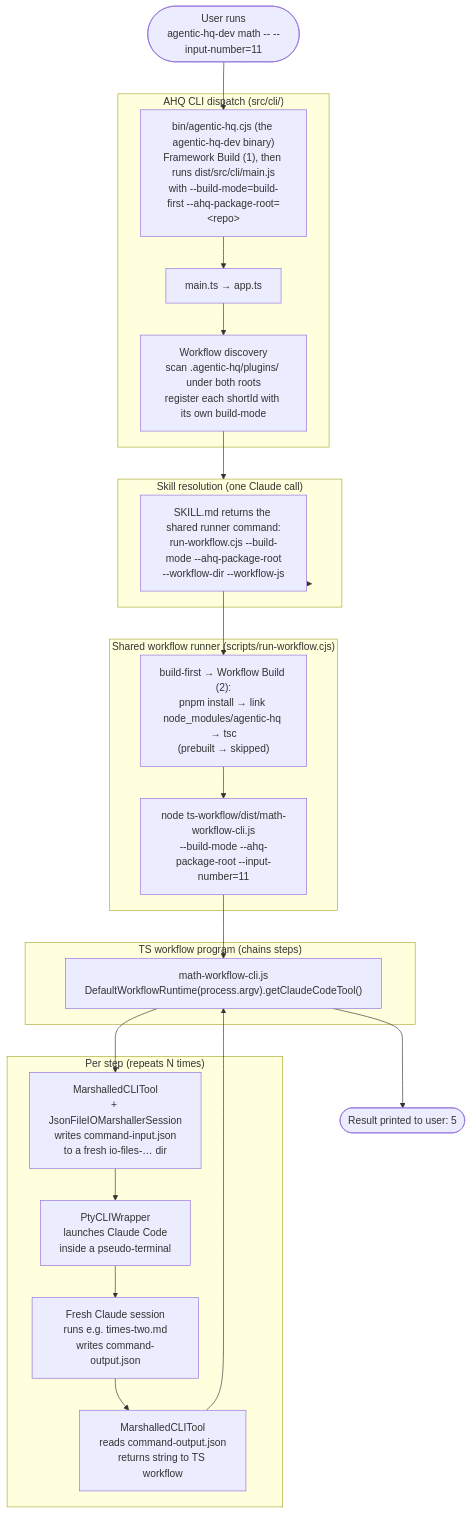
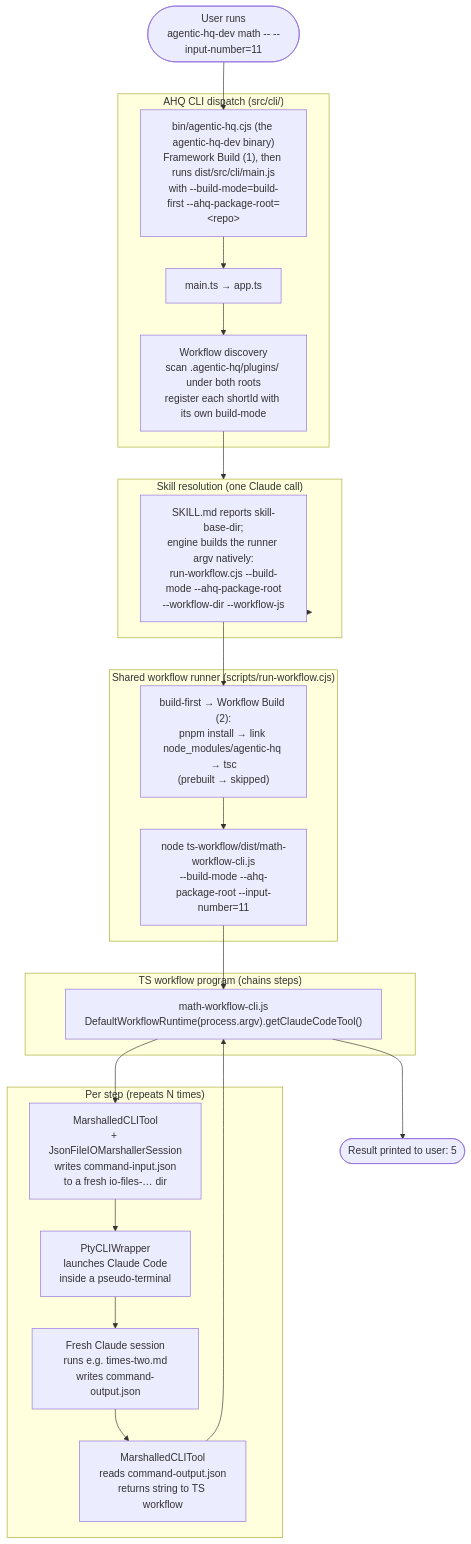
The diagram in docs/dev/how-agentic-hq-works.md (Agentic-HQ/agentic-hq), drawn with Mermaid before and after one commit. The commit also changed other lines of this file and 34 other files, not shown here.

First line of the commit message:
WIP: AHQ-211 D1+D5 — skill-hop handshake replaces command string

````diff
--- a/docs/dev/how-agentic-hq-works.md
+++ b/docs/dev/how-agentic-hq-works.md
@@ -27,35 +27,35 @@
 ```mermaid
 flowchart TB
     User([User runs<br/>agentic-hq-dev math -- --input-number=11])
 
     subgraph CLI["AHQ CLI dispatch (src/cli/)"]
         Bin["bin/agentic-hq.cjs (the agentic-hq-dev binary)<br/>Framework Build (1), then runs dist/src/cli/main.js<br/>with --build-mode=build-first --ahq-package-root=&lt;repo&gt;"]
         Main[main.ts → app.ts]
         Discovery["Workflow discovery<br/>scan .agentic-hq/plugins/ under both roots<br/>register each shortId with its own build-mode"]
     end
 
     subgraph Resolve["Skill resolution (one Claude call)"]
-        Skill["SKILL.md returns the shared runner command:<br/>run-workflow.cjs --build-mode --ahq-package-root<br/>--workflow-dir --workflow-js"]
+        Skill["SKILL.md reports skill-base-dir;<br/>engine builds the runner argv natively:<br/>run-workflow.cjs --build-mode --ahq-package-root<br/>--workflow-dir --workflow-js"]
     end
 
     subgraph Runner["Shared workflow runner (scripts/run-workflow.cjs)"]
         Build2["build-first → Workflow Build (2):<br/>pnpm install → link node_modules/agentic-hq → tsc<br/>(prebuilt → skipped)"]
         Run["node ts-workflow/dist/math-workflow-cli.js<br/>--build-mode --ahq-package-root --input-number=11"]
     end
 
     subgraph Workflow["TS workflow program (chains steps)"]
         TS["math-workflow-cli.js<br/>DefaultWorkflowRuntime(process.argv).getClaudeCodeTool()"]
     end
 
     subgraph Step["Per step (repeats N times)"]
         Marshal[MarshalledCLITool<br/>+ JsonFileIOMarshallerSession<br/>writes command-input.json<br/>to a fresh io-files-… dir]
         Pty[PtyCLIWrapper<br/>launches Claude Code<br/>inside a pseudo-terminal]
         Cmd[Fresh Claude session<br/>runs e.g. times-two.md<br/>writes command-output.json]
         Read[MarshalledCLITool<br/>reads command-output.json<br/>returns string to TS workflow]
     end
 
     User --> Bin --> Main --> Discovery --> Resolve
     Resolve --> Skill --> Build2 --> Run --> TS
     TS --> Marshal --> Pty --> Cmd --> Read --> TS
     TS --> Result([Result printed to user: 5])
 ```
````
